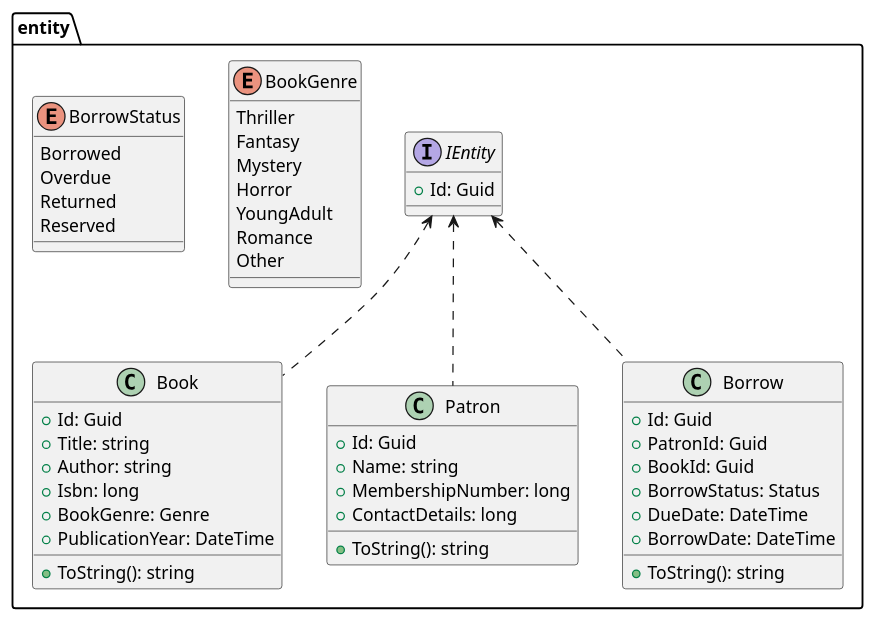
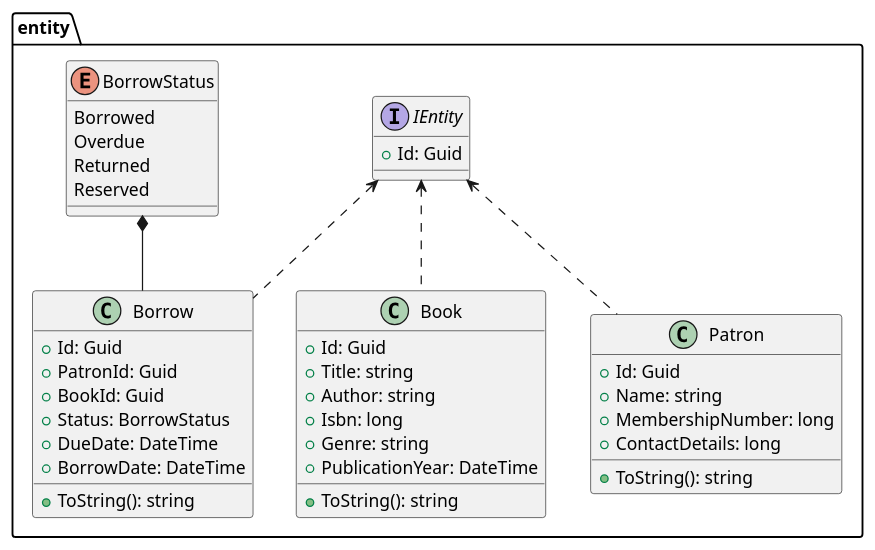
One commit to programacion-6/Opcion1LosBorbotones changed the diagram in system-design/class-diagram/domain/entity.puml. Above: the diagram before and after it, drawn with PlantUML. The commit also changed 10 other files, not shown here.

Commit message:
chore: updated class diagram

```diff
--- a/system-design/class-diagram/domain/entity.puml
+++ b/system-design/class-diagram/domain/entity.puml
@@ -1,57 +1,47 @@
 @startuml
 package entity {
 
     class Book {
         + Id: Guid
         + Title: string
         + Author: string
         + Isbn: long
-        + BookGenre: Genre
+        + Genre: string
         + PublicationYear: DateTime
         + ToString(): string
     }
 
     class Patron {
         + Id: Guid
         + Name: string
         + MembershipNumber: long
         + ContactDetails: long
         + ToString(): string
     }
 
     class Borrow {
         + Id: Guid
         + PatronId: Guid
         + BookId: Guid
-        + BorrowStatus: Status
+        + Status: BorrowStatus
         + DueDate: DateTime
         + BorrowDate: DateTime
         + ToString(): string
     }
 
     interface IEntity {
         + Id: Guid
     }
     IEntity <.. Borrow
     IEntity <.. Book
     IEntity <.. Patron
 
-    enum BookGenre {
-        Thriller
-        Fantasy
-        Mystery
-        Horror
-        YoungAdult
-        Romance
-        Other
-    }
-
     enum BorrowStatus {
         Borrowed
         Overdue
         Returned
         Reserved
     }
-
+    BorrowStatus *-- Borrow
 }
 @enduml
```
